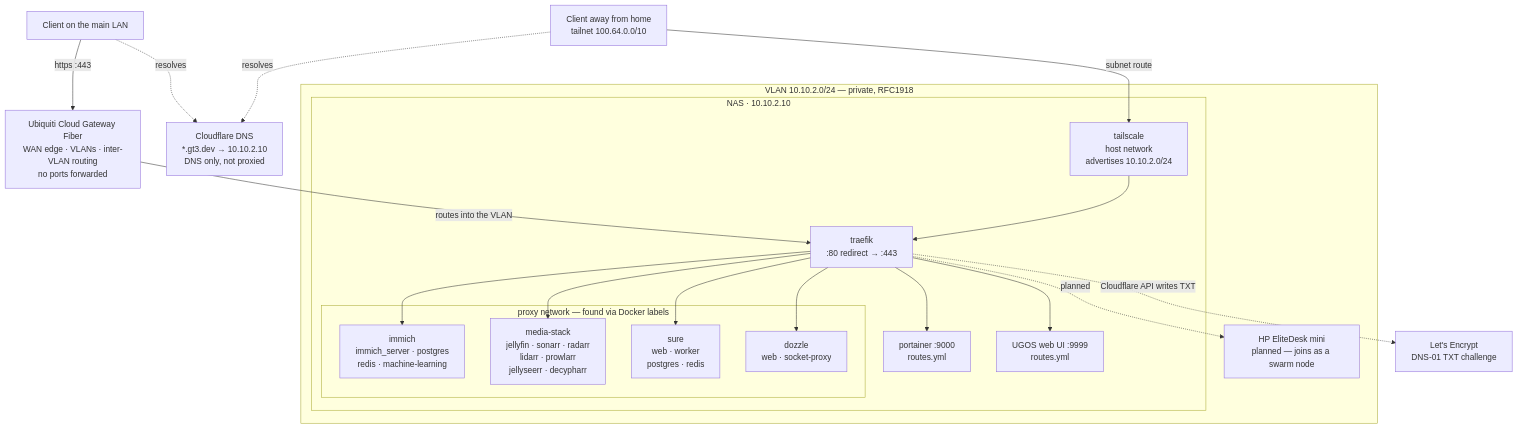
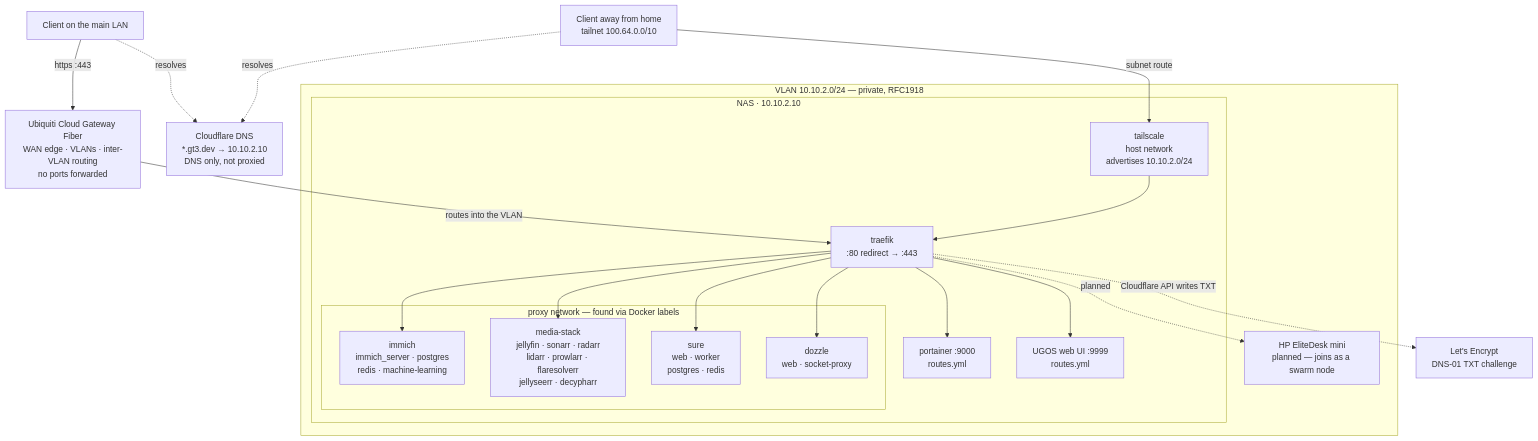
The diagram in README.md (mhallo/homelab), drawn with Mermaid before and after one commit. The commit also changed 1 other file, not shown here.

Commit message:
add flaresolverr to media-stack
Cloudflare solver for Prowlarr indexers, internal to the media network.

````diff
--- a/README.md
+++ b/README.md
@@ -40,45 +40,45 @@
 ```mermaid
 flowchart TB
     CF["Cloudflare DNS<br>*.gt3.dev → 10.10.2.10<br>DNS only, not proxied"]
     LE["Let's Encrypt<br>DNS-01 TXT challenge"]
 
     AWAY["Client away from home<br>tailnet 100.64.0.0/10"]
     HOME["Client on the main LAN"]
 
     UCG["Ubiquiti Cloud Gateway Fiber<br>WAN edge · VLANs · inter-VLAN routing<br>no ports forwarded"]
 
     HOME -. "resolves" .-> CF
     AWAY -. "resolves" .-> CF
     HOME -- "https :443" --> UCG
     UCG -- "routes into the VLAN" --> TRAEFIK
 
     subgraph VLAN["VLAN 10.10.2.0/24 — private, RFC1918"]
         subgraph NAS["NAS · 10.10.2.10"]
             TSC["tailscale<br>host network<br>advertises 10.10.2.0/24"]
             TRAEFIK["traefik<br>:80 redirect → :443"]
             PORT["portainer :9000<br>routes.yml"]
             UGOS["UGOS web UI :9999<br>routes.yml"]
 
             subgraph STACKS["proxy network — found via Docker labels"]
                 IMM["immich<br>immich_server · postgres<br>redis · machine-learning"]
-                MED["media-stack<br>jellyfin · sonarr · radarr<br>lidarr · prowlarr<br>jellyseerr · decypharr"]
+                MED["media-stack<br>jellyfin · sonarr · radarr<br>lidarr · prowlarr · flaresolverr<br>jellyseerr · decypharr"]
                 SURE["sure<br>web · worker<br>postgres · redis"]
                 DOZ["dozzle<br>web · socket-proxy"]
             end
         end
 
         HP["HP EliteDesk mini<br>planned — joins as a swarm node"]
     end
 
     AWAY -- "subnet route" --> TSC
     TSC --> TRAEFIK
 
     TRAEFIK --> IMM
     TRAEFIK --> MED
     TRAEFIK --> SURE
     TRAEFIK --> DOZ
     TRAEFIK --> PORT
     TRAEFIK --> UGOS
     TRAEFIK -. "planned" .-> HP
     TRAEFIK -. "Cloudflare API writes TXT" .-> LE
 ```
````
